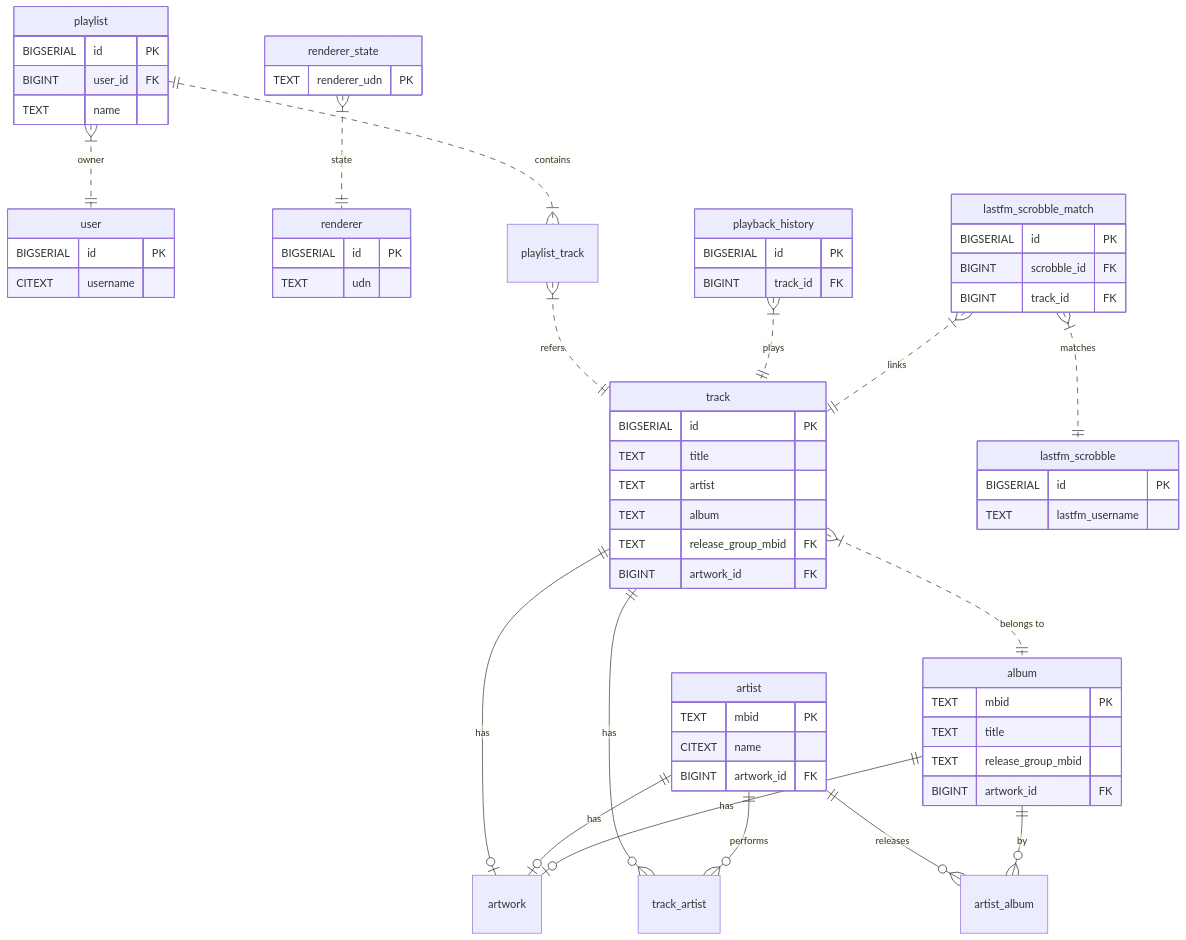
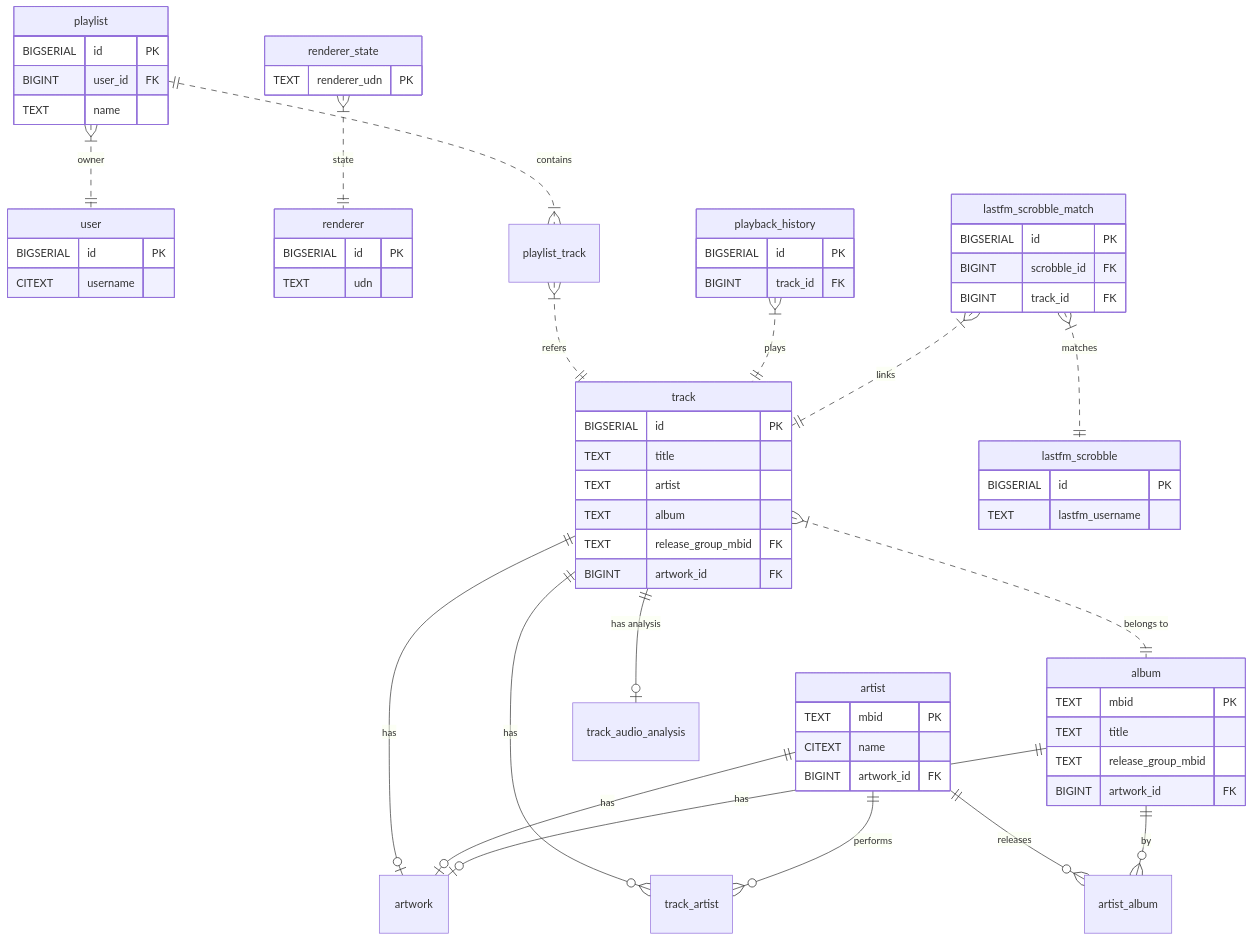
One commit to darious/jamarr changed the diagram in docs/DATABASE_SCHEMA.md. Above: the diagram before and after it, drawn with Mermaid. The commit also changed other lines of this file and 8 other files, not shown here.

Commit message:
feat(scanner): add audio analysis pipeline

````diff
--- a/docs/DATABASE_SCHEMA.md
+++ b/docs/DATABASE_SCHEMA.md
@@ -11,81 +11,82 @@
 ```mermaid
 erDiagram
     track {
         BIGSERIAL id PK
         TEXT title
         TEXT artist
         TEXT album
         TEXT release_group_mbid FK
         BIGINT artwork_id FK
     }
 
     artist {
         TEXT mbid PK
         CITEXT name
         BIGINT artwork_id FK
     }
 
     album {
         TEXT mbid PK
         TEXT title
         TEXT release_group_mbid
         BIGINT artwork_id FK
     }
 
     playlist {
         BIGSERIAL id PK
         BIGINT user_id FK
         TEXT name
     }
 
     "user" {
         BIGSERIAL id PK
         CITEXT username
     }
 
     renderer {
         BIGSERIAL id PK
         TEXT udn
     }
 
     renderer_state {
         TEXT renderer_udn PK
     }
 
     playback_history {
         BIGSERIAL id PK
         BIGINT track_id FK
     }
 
     lastfm_scrobble {
         BIGSERIAL id PK
         TEXT lastfm_username
     }
 
     lastfm_scrobble_match {
         BIGSERIAL id PK
         BIGINT scrobble_id FK
         BIGINT track_id FK
     }
 
     track }|..|| album : "belongs to"
     track ||--o{ track_artist : "has"
     track ||--o| artwork : "has"
 
     artist ||--o{ track_artist : "performs"
     artist ||--o{ artist_album : "releases"
     artist ||--o| artwork : "has"
 
     album ||--o{ artist_album : "by"
     album ||--o| artwork : "has"
 
     playlist }|..|| "user" : "owner"
     playlist ||..|{ playlist_track : "contains"
     playlist_track }|..|| track : "refers"
 
     playback_history }|..|| track : "plays"
+    track ||--o| track_audio_analysis : "has analysis"
     renderer_state }|..|| renderer : "state"
 
     lastfm_scrobble_match }|..|| lastfm_scrobble : "matches"
     lastfm_scrobble_match }|..|| track : "links"
 ```
````
